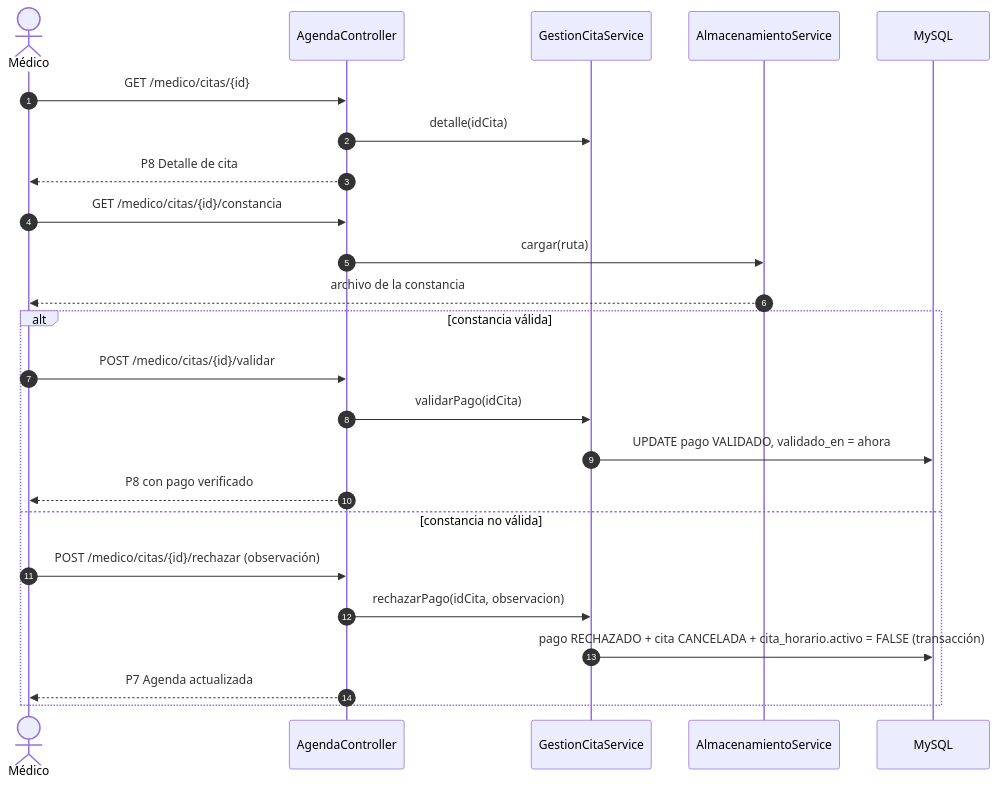
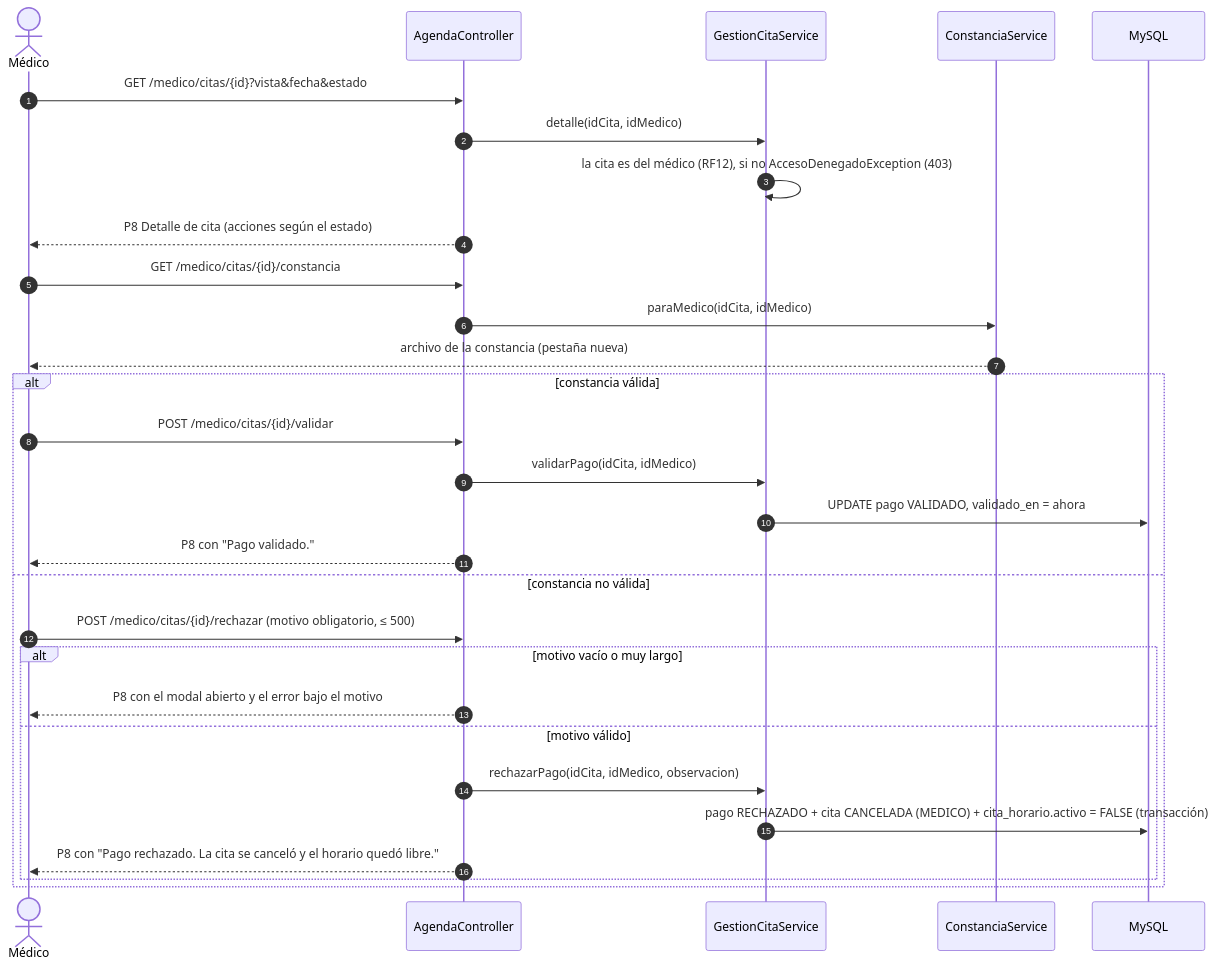
Before and after one commit to manuelguarniz/medifast: the seventh of 13 diagrams in README.md, drawn with Mermaid. The commit also changed other lines of this file and 37 other files, not shown here.

````diff
--- a/README.md
+++ b/README.md
@@ -583,28 +590,33 @@
 ```mermaid
 sequenceDiagram
     autonumber
     actor Med as Médico
     participant C as AgendaController
     participant G as GestionCitaService
-    participant A as AlmacenamientoService
+    participant K as ConstanciaService
     participant DB as MySQL
 
-    Med->>C: GET /medico/citas/{id}
-    C->>G: detalle(idCita)
-    C-->>Med: P8 Detalle de cita
+    Med->>C: GET /medico/citas/{id}?vista&fecha&estado
+    C->>G: detalle(idCita, idMedico)
+    G->>G: la cita es del médico (RF12), si no AccesoDenegadoException (403)
+    C-->>Med: P8 Detalle de cita (acciones según el estado)
     Med->>C: GET /medico/citas/{id}/constancia
-    C->>A: cargar(ruta)
-    A-->>Med: archivo de la constancia
+    C->>K: paraMedico(idCita, idMedico)
+    K-->>Med: archivo de la constancia (pestaña nueva)
 
     alt constancia válida
         Med->>C: POST /medico/citas/{id}/validar
-        C->>G: validarPago(idCita)
+        C->>G: validarPago(idCita, idMedico)
         G->>DB: UPDATE pago VALIDADO, validado_en = ahora
-        C-->>Med: P8 con pago verificado
+        C-->>Med: P8 con "Pago validado."
     else constancia no válida
-        Med->>C: POST /medico/citas/{id}/rechazar (observación)
-        C->>G: rechazarPago(idCita, observacion)
-        G->>DB: pago RECHAZADO + cita CANCELADA + cita_horario.activo = FALSE (transacción)
-        C-->>Med: P7 Agenda actualizada
+        Med->>C: POST /medico/citas/{id}/rechazar (motivo obligatorio, ≤ 500)
+        alt motivo vacío o muy largo
+            C-->>Med: P8 con el modal abierto y el error bajo el motivo
+        else motivo válido
+            C->>G: rechazarPago(idCita, idMedico, observacion)
+            G->>DB: pago RECHAZADO + cita CANCELADA (MEDICO) + cita_horario.activo = FALSE (transacción)
+            C-->>Med: P8 con "Pago rechazado. La cita se canceló y el horario quedó libre."
+        end
     end
 ```
````
